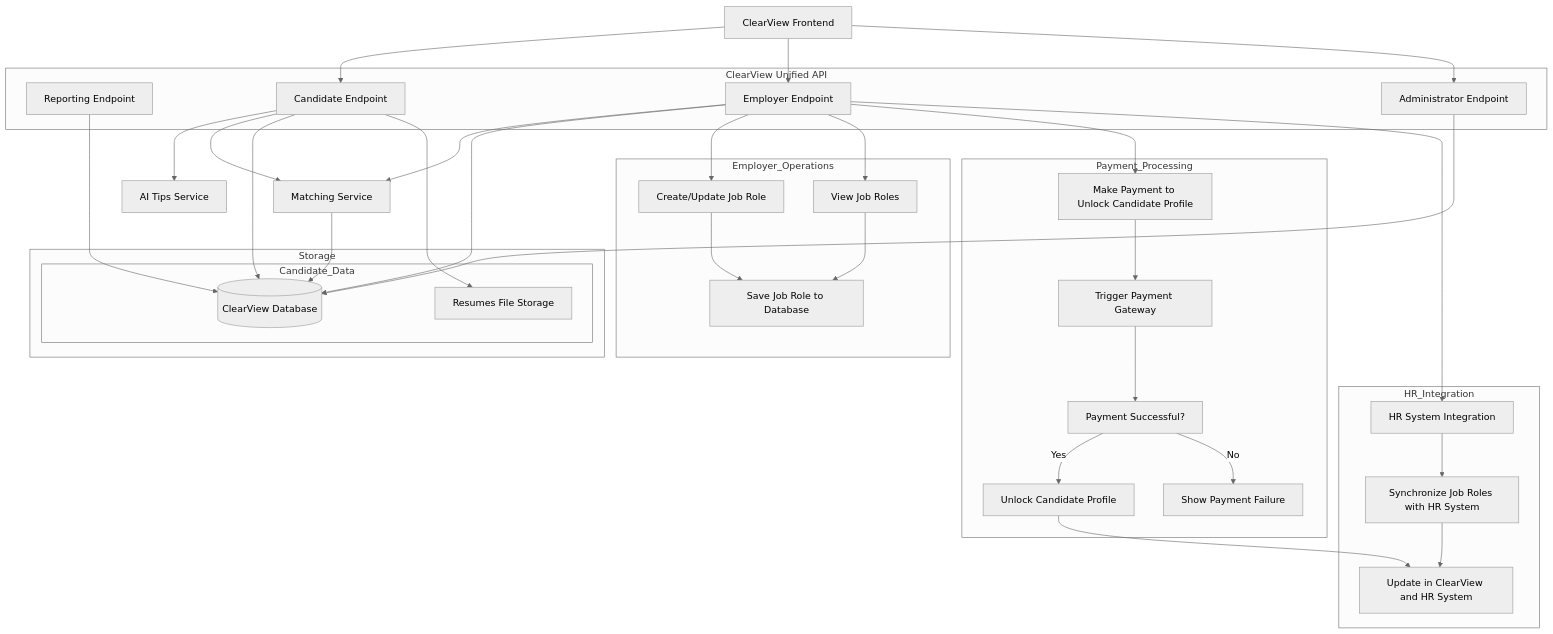
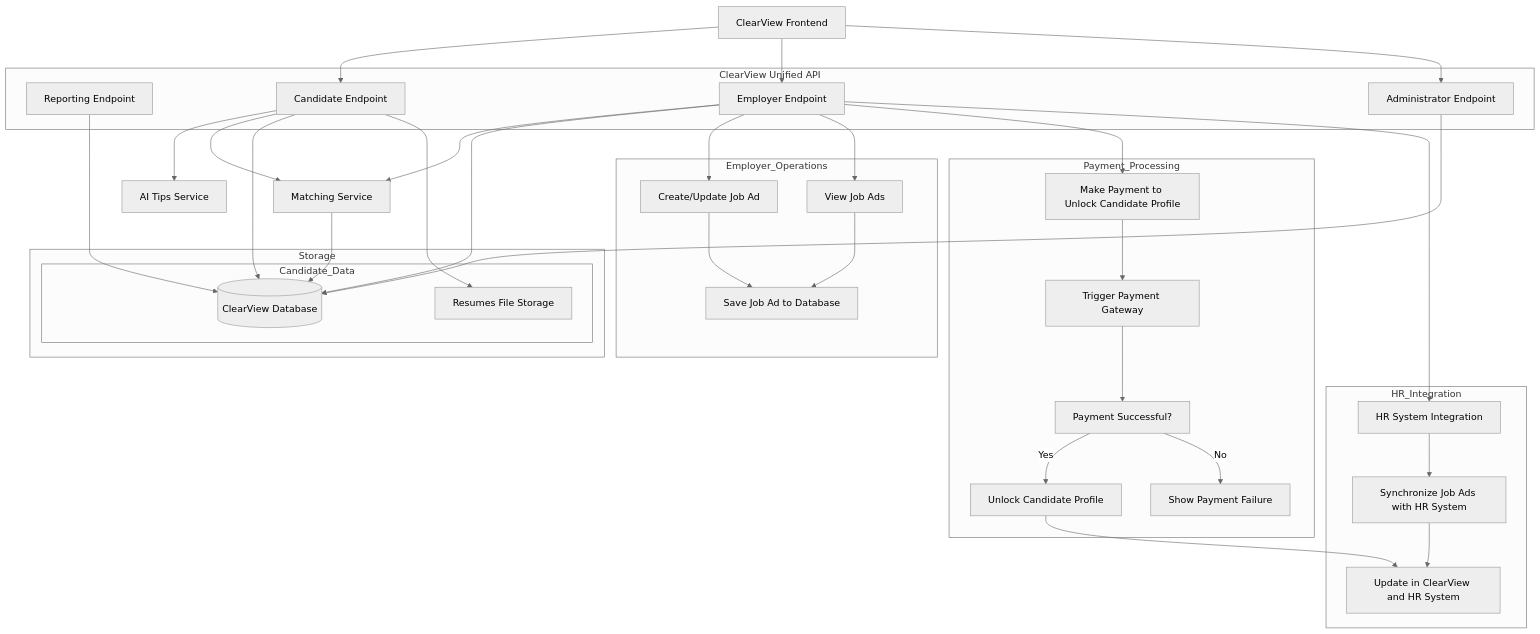
One commit to goranzoranovic2910/archkata2024 changed diagram 12 of 15 in README.md. Above: the diagram before and after it, drawn with Mermaid (neutral theme). The commit also changed other lines of this file, not shown here.

Commit message:
Renaming Job Roles to Job Ads troughout the document and diagrams

````diff
--- a/README.md
+++ b/README.md
@@ -594,55 +594,55 @@
 ```mermaid
 graph TD
     A[ClearView Frontend]
     I[Reporting Endpoint]
     A --> C[Candidate Endpoint]
     C --> S[AI Tips Service]
     A --> D[Employer Endpoint]
     A --> H[Administrator Endpoint]
     C --> E[Matching Service]
     D --> E
     C --> J[(ClearView Database)]
     D --> J
     E --> J
     I --> J
     H --> J
     C --> M[Resumes File Storage]
 
     subgraph Storage
         subgraph Candidate_Data
             J
             M
         end
         J
     end
 
     subgraph ClearView Unified API
         C
         D
         H
         I
     end
 
     %% Integration of the Employer and Payment module %%
     subgraph Employer_Operations
-        D --> D1[Create/Update Job Role]
-        D --> D2[View Job Roles]
-        D1 --> D3[Save Job Role to Database]
+        D --> D1[Create/Update Job Ad]
+        D --> D2[View Job Ads]
+        D1 --> D3[Save Job Ad to Database]
         D2 --> D3
     end
 
     subgraph Payment_Processing
         D --> E1[Make Payment to Unlock Candidate Profile]
         E1 --> E2[Trigger Payment Gateway]
         E2 --> E3[Payment Successful?]
         E3 -->|Yes| E4[Unlock Candidate Profile]
         E3 -->|No| E5[Show Payment Failure]
     end
 
     subgraph HR_Integration
         D --> F1[HR System Integration]
-        F1 --> F2[Synchronize Job Roles with HR System]
+        F1 --> F2[Synchronize Job Ads with HR System]
         F2 --> F3[Update in ClearView and HR System]
         E4 --> F3
     end
 ```
````
